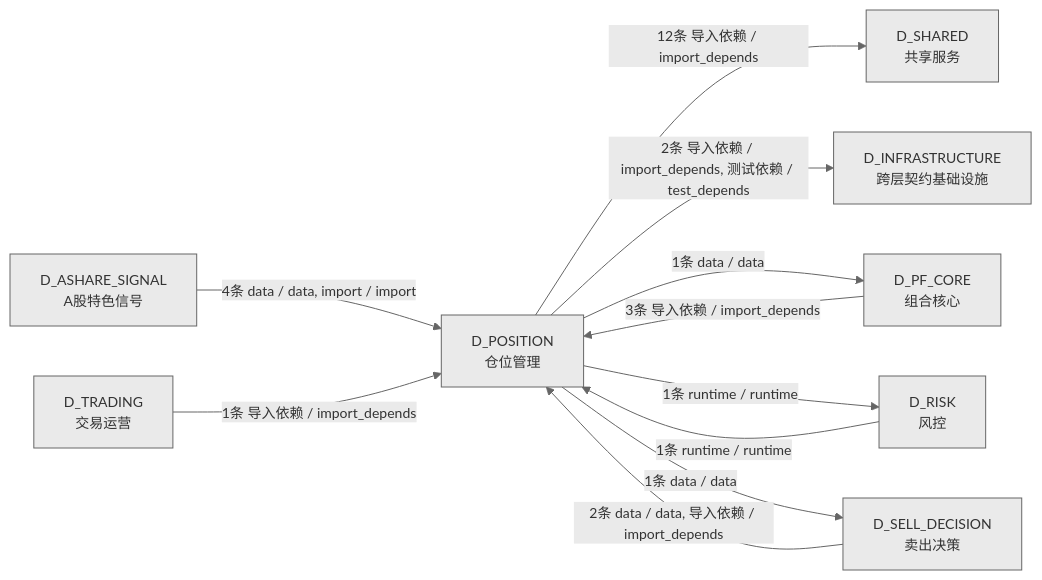
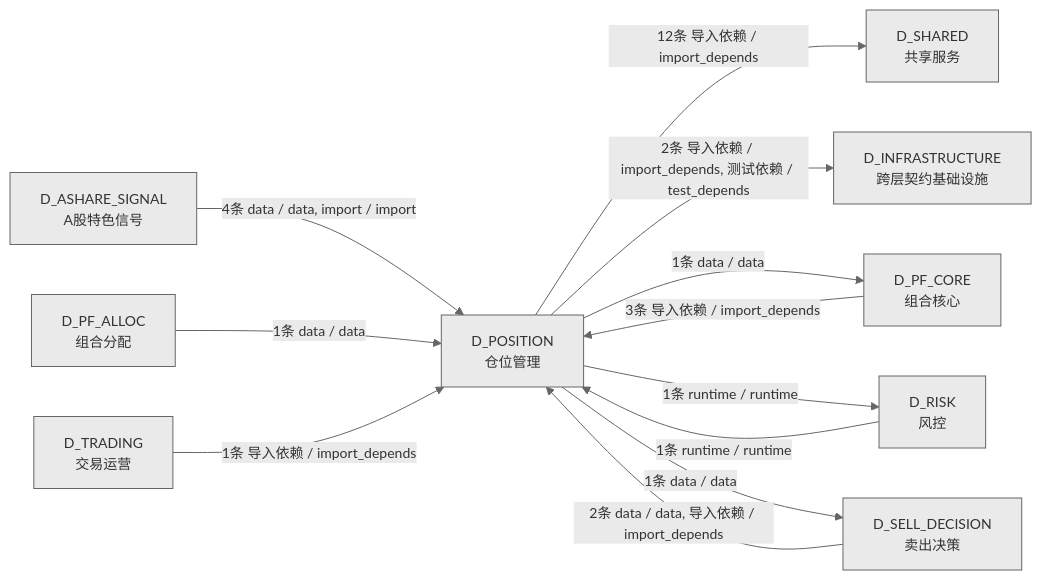
The fourth of 4 diagrams in docs/02_enterprise_architecture/02_domain_architecture_docs/64_d_position.md (xuanFelixVan/ZephyrAlpha), drawn with Mermaid before and after one commit. The commit also changed other lines of this file and 94 other files, not shown here.

````diff
--- a/docs/02_enterprise_architecture/02_domain_architecture_docs/64_d_position.md
+++ b/docs/02_enterprise_architecture/02_domain_architecture_docs/64_d_position.md
@@ -303,22 +323,24 @@
 ```mermaid
 %%{init: {'theme': 'base', 'themeVariables': {'primaryColor': '#eaeaea', 'primaryTextColor': '#333333', 'primaryBorderColor': '#666666', 'lineColor': '#666666', 'secondaryColor': '#eaeaea', 'tertiaryColor': '#eaeaea', 'fontSize': '14px'}}}%%
 graph LR
     D_POSITION["D_POSITION<br/>仓位管理"]
     D_SHARED["D_SHARED<br/>共享服务"]
     D_INFRASTRUCTURE["D_INFRASTRUCTURE<br/>跨层契约基础设施"]
     D_PF_CORE["D_PF_CORE<br/>组合核心"]
     D_RISK["D_RISK<br/>风控"]
     D_SELL_DECISION["D_SELL_DECISION<br/>卖出决策"]
     D_ASHARE_SIGNAL["D_ASHARE_SIGNAL<br/>A股特色信号"]
+    D_PF_ALLOC["D_PF_ALLOC<br/>组合分配"]
     D_TRADING["D_TRADING<br/>交易运营"]
     D_POSITION -->|12条 导入依赖 / import_depends| D_SHARED
     D_POSITION -->|2条 导入依赖 / import_depends, 测试依赖 / test_depends| D_INFRASTRUCTURE
     D_POSITION -->|1条 data / data| D_PF_CORE
     D_POSITION -->|1条 runtime / runtime| D_RISK
     D_POSITION -->|1条 data / data| D_SELL_DECISION
     D_ASHARE_SIGNAL -->|4条 data / data, import / import| D_POSITION
     D_PF_CORE -->|3条 导入依赖 / import_depends| D_POSITION
     D_SELL_DECISION -->|2条 data / data, 导入依赖 / import_depends| D_POSITION
+    D_PF_ALLOC -->|1条 data / data| D_POSITION
     D_RISK -->|1条 runtime / runtime| D_POSITION
     D_TRADING -->|1条 导入依赖 / import_depends| D_POSITION
 ```
````
